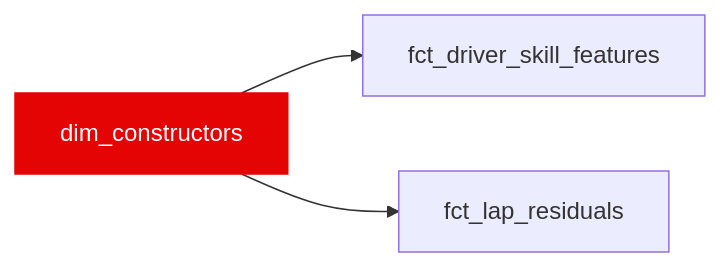
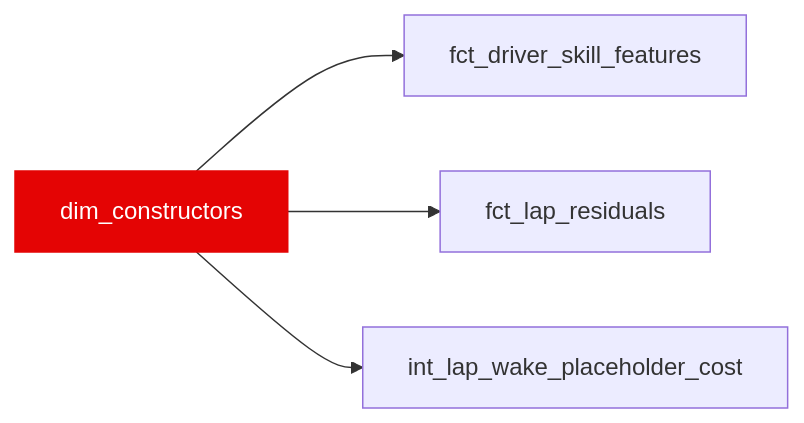
Before and after one commit to JustinClarke/off-the-pace: the diagram in docs/reference/models/dim/dim_constructors.mdx, drawn with Mermaid. The commit also changed other lines of this file and 52 other files, not shown here.

````diff
--- a/docs/reference/models/dim/dim_constructors.mdx
+++ b/docs/reference/models/dim/dim_constructors.mdx
@@ -15,6 +15,7 @@
 ```mermaid
 flowchart LR
   dim_constructors --> fct_driver_skill_features
   dim_constructors --> fct_lap_residuals
+  dim_constructors --> int_lap_wake_placeholder_cost
   style dim_constructors fill:#e40404,stroke:#e40404,color:#fff
 ```
````
